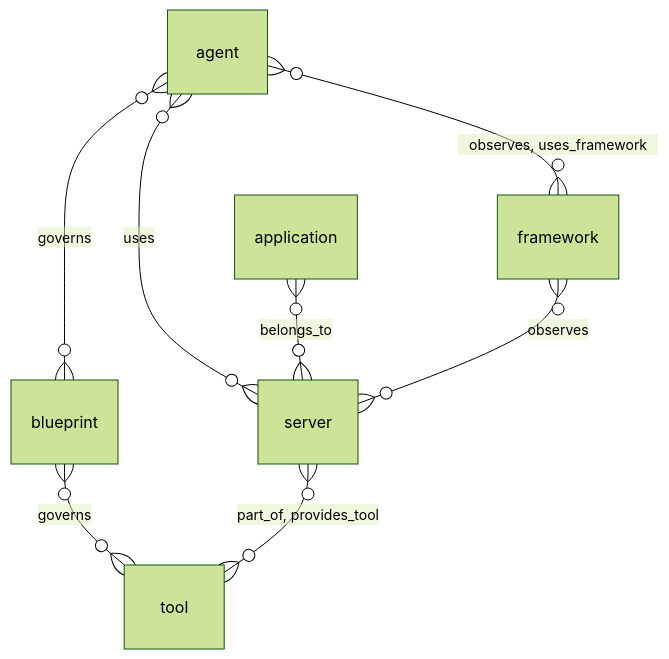
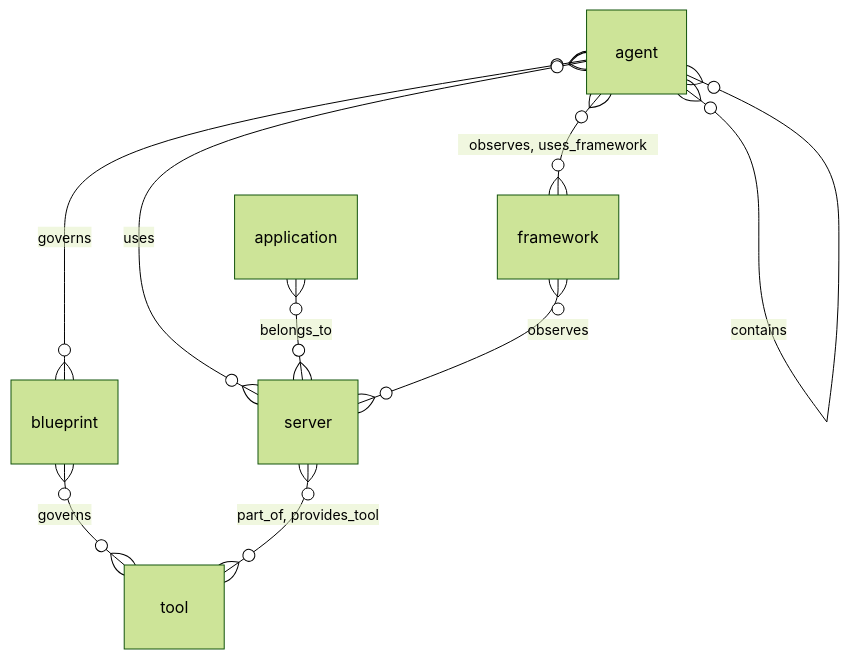
Before and after one commit to koda-ai-studio/agent-bom: the first of 3 diagrams in docs/graph/data-model/domains/ai.md, drawn with Mermaid (forest theme). The commit also changed other lines of this file and 319 other files, not shown here.

````diff
--- a/docs/graph/data-model/domains/ai.md
+++ b/docs/graph/data-model/domains/ai.md
@@ -12,10 +12,11 @@
 ```mermaid
 erDiagram
+  agent }o--o{ agent : "contains"
   agent }o--o{ blueprint : "governs"
   agent }o--o{ framework : "observes, uses_framework"
   agent }o--o{ server : "uses"
   application }o--o{ server : "belongs_to"
   blueprint }o--o{ tool : "governs"
   framework }o--o{ server : "observes"
   server }o--o{ tool : "part_of, provides_tool"
 ```
````
